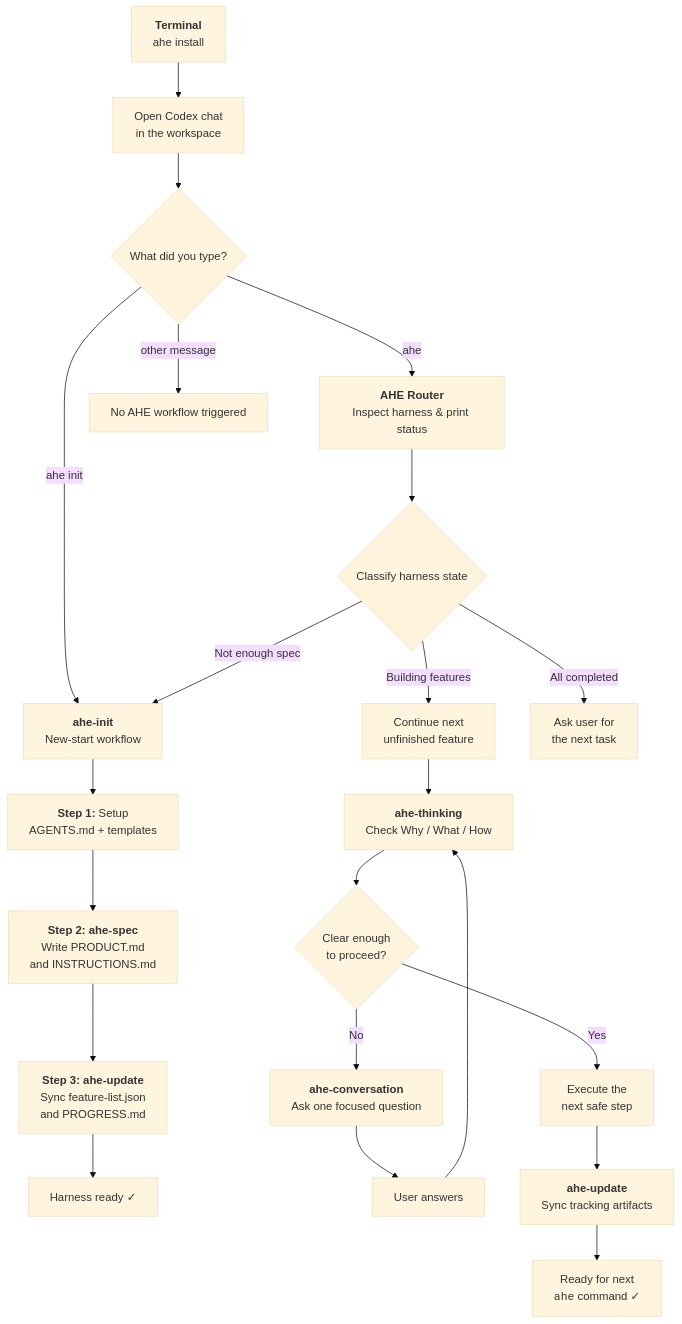
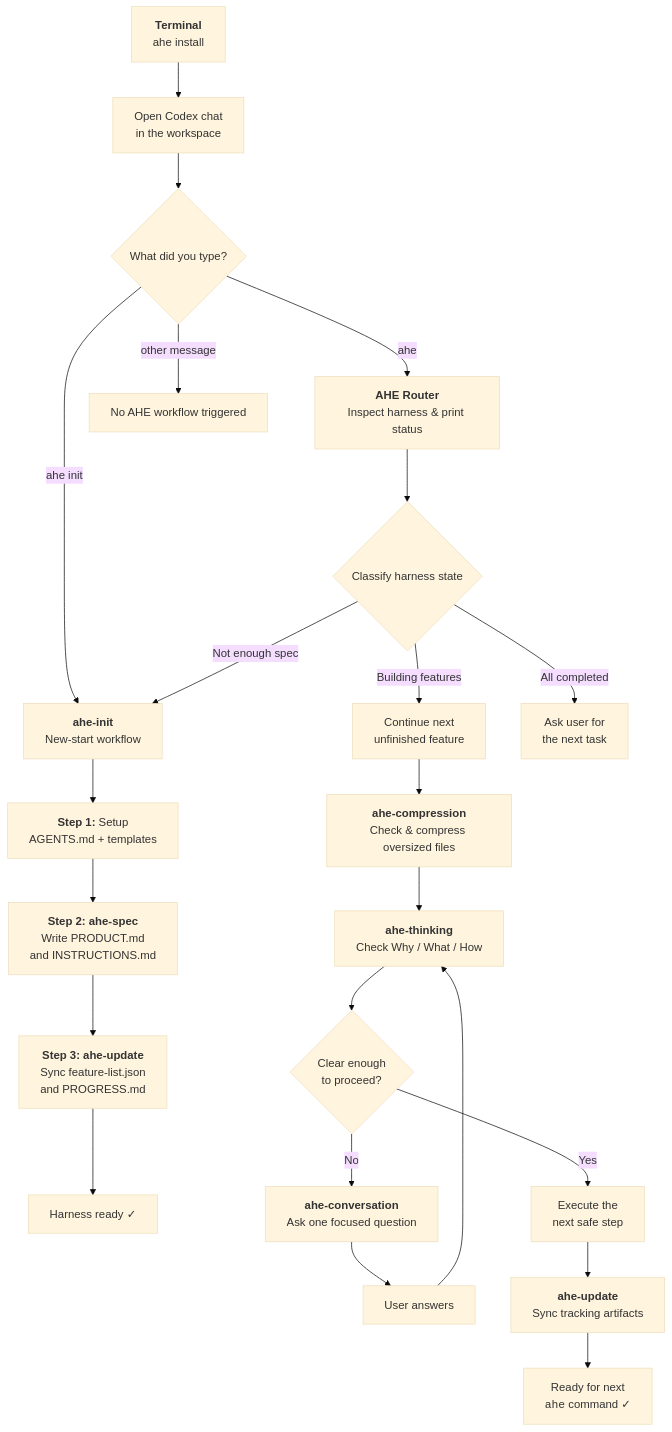
The diagram in README.md (ksuchoi216/awesome_harness_engineering), drawn with Mermaid (base theme) before and after one commit. The commit also changed other lines of this file, not shown here.

````diff
--- a/README.md
+++ b/README.md
@@ -97,28 +98,29 @@
 ```mermaid
 flowchart TD
     Install["<b>Terminal</b><br/>ahe install"] --> Chat["Open Codex chat<br/>in the workspace"]
 
     Chat --> Command{"What did you type?"}
     Command -->|"ahe init"| Init["<b>ahe-init</b><br/>New-start workflow"]
     Command -->|"ahe"| Router["<b>AHE Router</b><br/>Inspect harness &amp; print status"]
     Command -->|"other message"| Noop["No AHE workflow triggered"]
 
     Router --> Classify{"Classify harness state"}
     Classify -->|"Not enough spec"| Init
     Classify -->|"Building features"| Feature["Continue next<br/>unfinished feature"]
     Classify -->|"All completed"| AskNext["Ask user for<br/>the next task"]
 
     Init --> Step1["<b>Step 1:</b> Setup<br/>AGENTS.md + templates"]
     Step1 --> Step2["<b>Step 2: ahe-spec</b><br/>Write PRODUCT.md<br/>and INSTRUCTIONS.md"]
     Step2 --> Step3["<b>Step 3: ahe-update</b><br/>Sync feature-list.json<br/>and PROGRESS.md"]
     Step3 --> Done["Harness ready ✓"]
 
-    Feature --> Thinking["<b>ahe-thinking</b><br/>Check Why / What / How"]
+    Feature --> Compression["<b>ahe-compression</b><br/>Check & compress oversized files"]
+    Compression --> Thinking["<b>ahe-thinking</b><br/>Check Why / What / How"]
     Thinking --> Clear{"Clear enough<br/>to proceed?"}
     Clear -->|"No"| Convo["<b>ahe-conversation</b><br/>Ask one focused question"]
     Convo --> UserAnswer["User answers"]
     UserAnswer --> Thinking
     Clear -->|"Yes"| Execute["Execute the<br/>next safe step"]
     Execute --> Update["<b>ahe-update</b><br/>Sync tracking artifacts"]
     Update --> Done2["Ready for next<br/><code>ahe</code> command ✓"]
 ```
````
